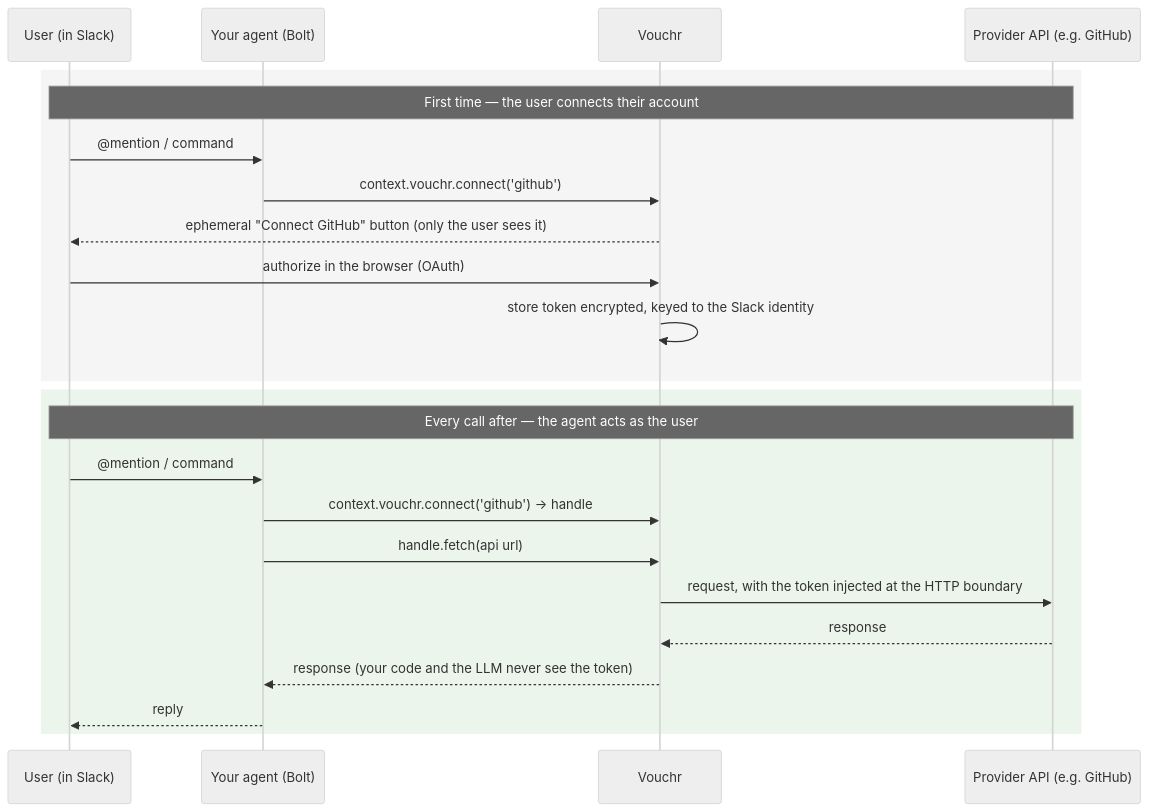
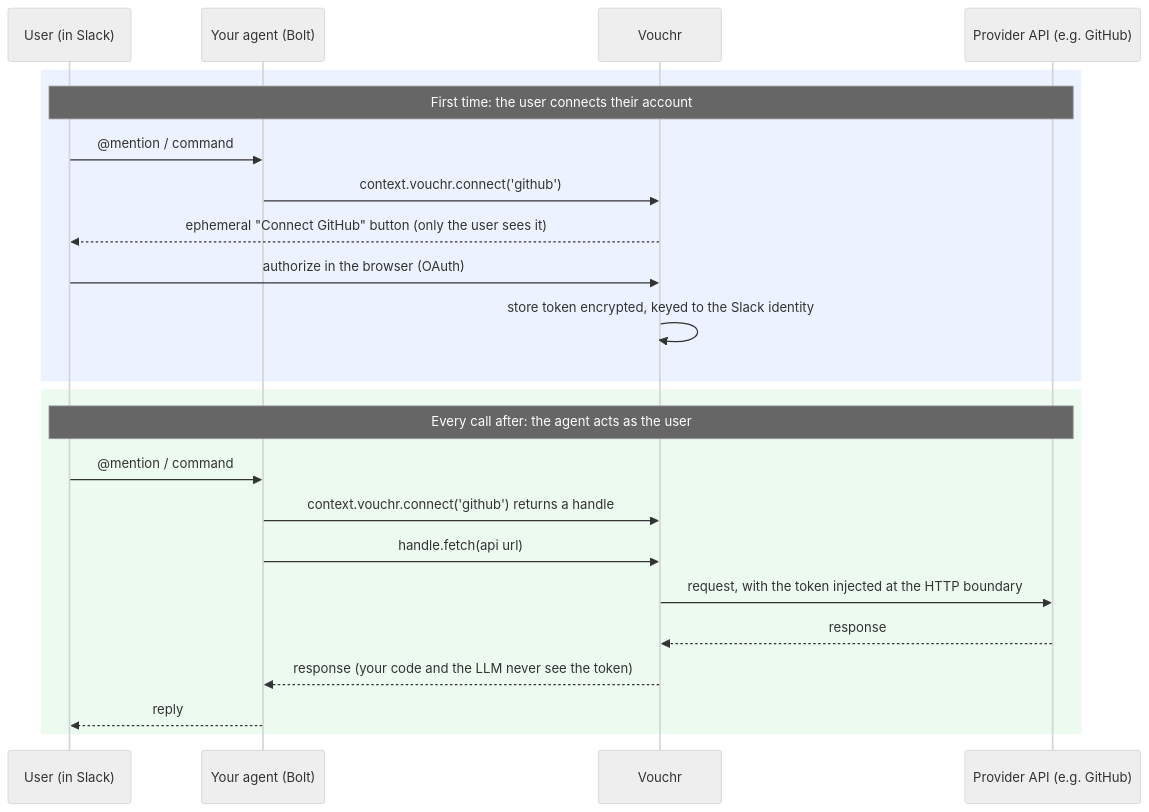
The diagram in README.md (Dharin-shah/vouchr), drawn with Mermaid (neutral theme) before and after one commit. The commit also changed other lines of this file and 57 other files, not shown here.

````diff
--- a/README.md
+++ b/README.md
@@ -24,27 +23,27 @@
 ```mermaid
 sequenceDiagram
     participant U as User (in Slack)
     participant A as Your agent (Bolt)
     participant V as Vouchr
     participant P as Provider API (e.g. GitHub)
 
-    rect rgb(245,245,245)
-    Note over U,P: First time — the user connects their account
+    rect rgba(125,170,255,0.15)
+    Note over U,P: First time: the user connects their account
     U->>A: @mention / command
     A->>V: context.vouchr.connect('github')
     V-->>U: ephemeral "Connect GitHub" button (only the user sees it)
     U->>V: authorize in the browser (OAuth)
     V->>V: store token encrypted, keyed to the Slack identity
     end
 
-    rect rgb(235,245,235)
-    Note over U,P: Every call after — the agent acts as the user
+    rect rgba(125,220,150,0.15)
+    Note over U,P: Every call after: the agent acts as the user
     U->>A: @mention / command
-    A->>V: context.vouchr.connect('github') → handle
+    A->>V: context.vouchr.connect('github') returns a handle
     A->>V: handle.fetch(api url)
     V->>P: request, with the token injected at the HTTP boundary
     P-->>V: response
     V-->>A: response (your code and the LLM never see the token)
     A-->>U: reply
     end
 ```
````
